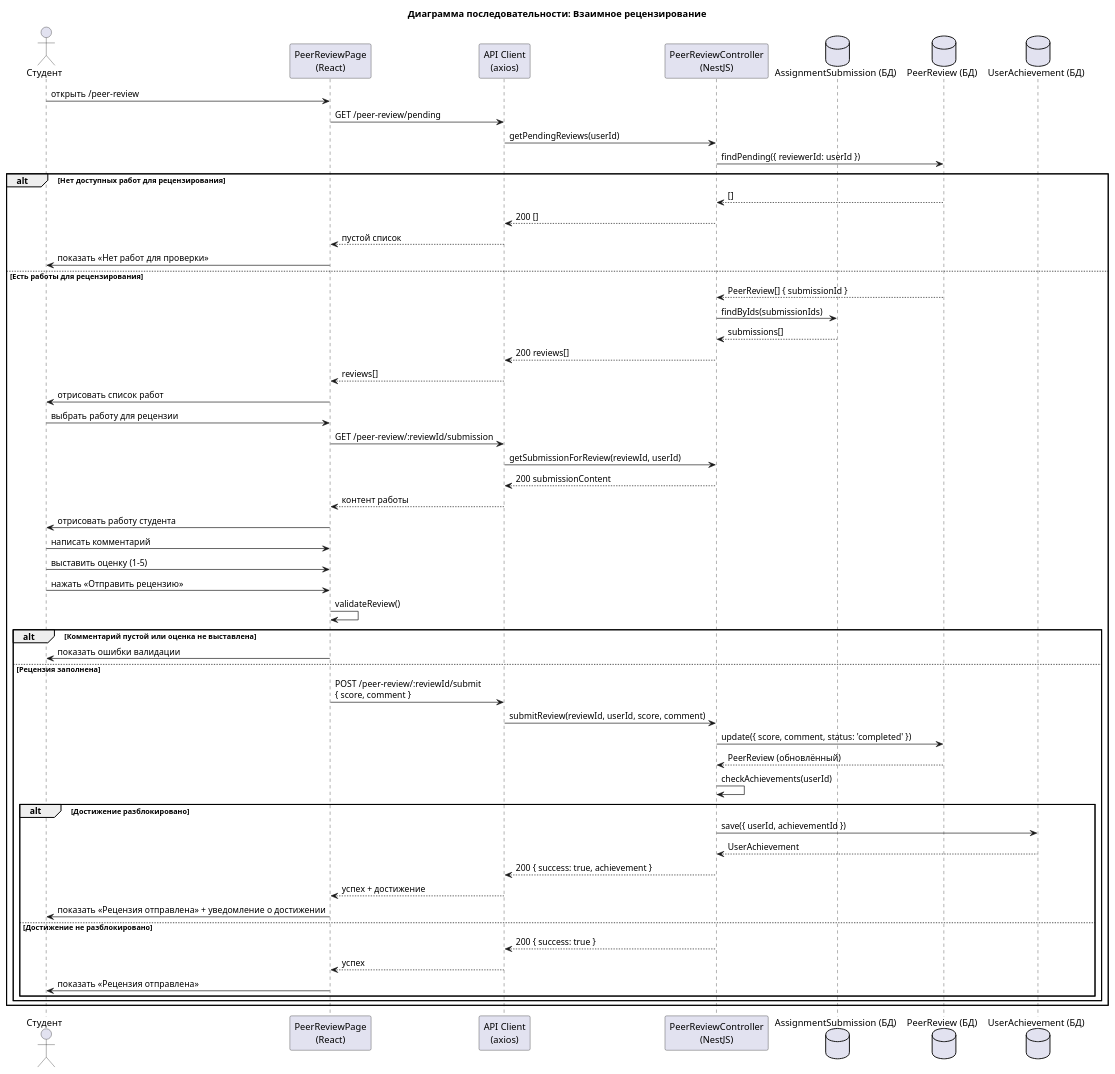
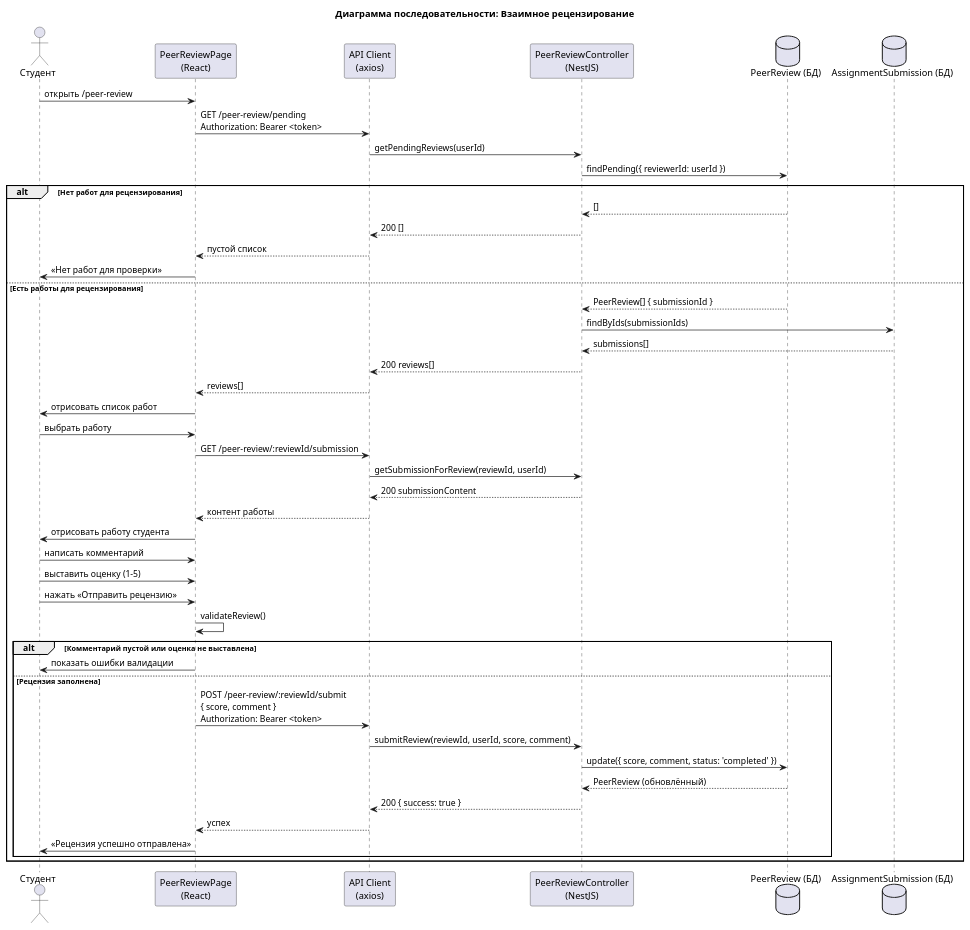
One commit to DoniZefironi/ASOI-Diploma changed the diagram in пояснительная записка/diagrams/seq_07_peer_review.puml. Above: the diagram before and after it, drawn with PlantUML. The commit also changed 33 other files, not shown here.

```diff
--- a/пояснительная записка/diagrams/seq_07_peer_review.puml
+++ b/пояснительная записка/diagrams/seq_07_peer_review.puml
@@ -1,65 +1,54 @@
 @startuml
 title Диаграмма последовательности: Взаимное рецензирование
 
 actor Студент as S
 participant "PeerReviewPage\n(React)" as PRP
 participant "API Client\n(axios)" as API
 participant "PeerReviewController\n(NestJS)" as PRC
+database "PeerReview (БД)" as PRD
 database "AssignmentSubmission (БД)" as SubDB
-database "PeerReview (БД)" as PRD
-database "UserAchievement (БД)" as UAD
 
 S -> PRP: открыть /peer-review
-PRP -> API: GET /peer-review/pending
+PRP -> API: GET /peer-review/pending\nAuthorization: Bearer <token>
 API -> PRC: getPendingReviews(userId)
 PRC -> PRD: findPending({ reviewerId: userId })
 
-alt Нет доступных работ для рецензирования
+alt Нет работ для рецензирования
   PRD --> PRC: []
   PRC --> API: 200 []
   API --> PRP: пустой список
-  PRP -> S: показать «Нет работ для проверки»
+  PRP -> S: «Нет работ для проверки»
 else Есть работы для рецензирования
   PRD --> PRC: PeerReview[] { submissionId }
   PRC -> SubDB: findByIds(submissionIds)
   SubDB --> PRC: submissions[]
   PRC --> API: 200 reviews[]
   API --> PRP: reviews[]
   PRP -> S: отрисовать список работ
 
-  S -> PRP: выбрать работу для рецензии
+  S -> PRP: выбрать работу
   PRP -> API: GET /peer-review/:reviewId/submission
   API -> PRC: getSubmissionForReview(reviewId, userId)
   PRC --> API: 200 submissionContent
   API --> PRP: контент работы
   PRP -> S: отрисовать работу студента
 
   S -> PRP: написать комментарий
   S -> PRP: выставить оценку (1–5)
   S -> PRP: нажать «Отправить рецензию»
   PRP -> PRP: validateReview()
 
   alt Комментарий пустой или оценка не выставлена
     PRP -> S: показать ошибки валидации
   else Рецензия заполнена
-    PRP -> API: POST /peer-review/:reviewId/submit\n{ score, comment }
+    PRP -> API: POST /peer-review/:reviewId/submit\n{ score, comment }\nAuthorization: Bearer <token>
     API -> PRC: submitReview(reviewId, userId, score, comment)
     PRC -> PRD: update({ score, comment, status: 'completed' })
     PRD --> PRC: PeerReview (обновлённый)
-    PRC -> PRC: checkAchievements(userId)
-
-    alt Достижение разблокировано
-      PRC -> UAD: save({ userId, achievementId })
-      UAD --> PRC: UserAchievement
-      PRC --> API: 200 { success: true, achievement }
-      API --> PRP: успех + достижение
-      PRP -> S: показать «Рецензия отправлена» + уведомление о достижении
-    else Достижение не разблокировано
-      PRC --> API: 200 { success: true }
-      API --> PRP: успех
-      PRP -> S: показать «Рецензия отправлена»
-    end
+    PRC --> API: 200 { success: true }
+    API --> PRP: успех
+    PRP -> S: «Рецензия успешно отправлена»
   end
 end
 
 @enduml
```
